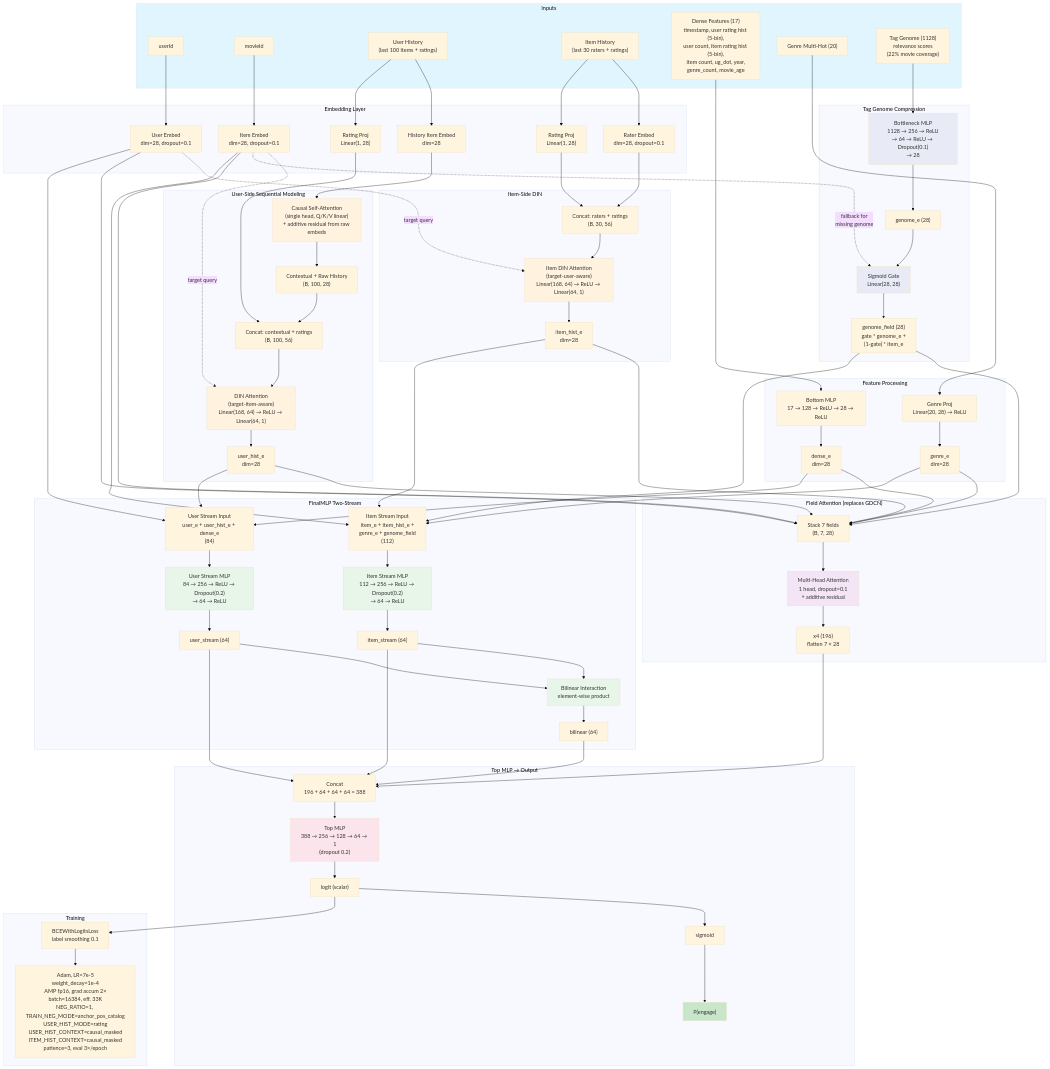
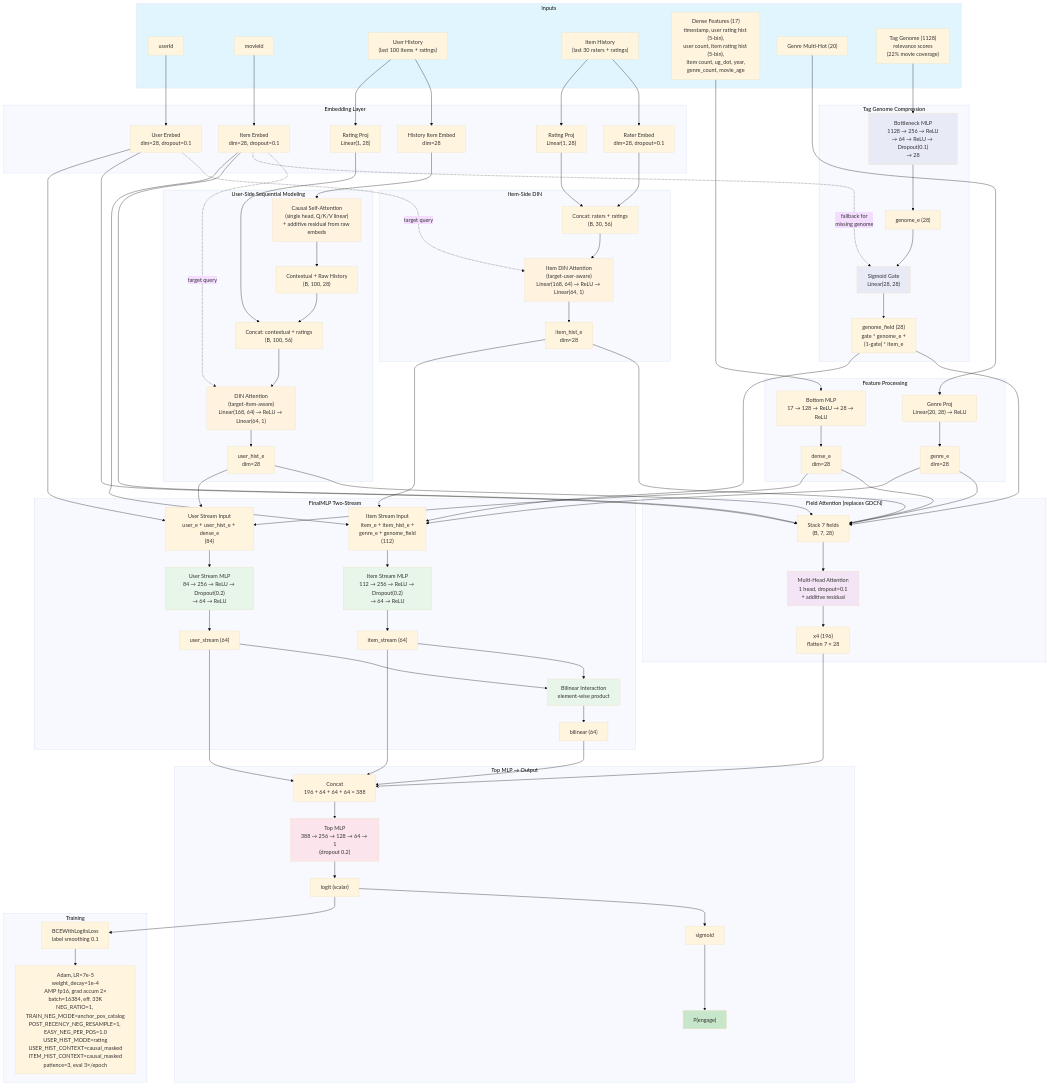
One commit to thuningxu/movielens changed the second of 2 diagrams in README.md. Above: the diagram before and after it, drawn with Mermaid (base theme). The commit also changed 3 other files, not shown here.

Commit message:
Resample easy negatives after recency trim

```diff
--- a/README.md
+++ b/README.md
@@ -133,7 +133,7 @@
 
     subgraph "Training"
         LOGIT --> LOSS["BCEWithLogitsLoss<br/>label smoothing 0.1"]
-        LOSS --> OPT["Adam, LR=7e-5<br/>weight_decay=1e-4<br/>AMP fp16, grad accum 2×<br/>batch=16384, eff. 33K<br/>NEG_RATIO=1, TRAIN_NEG_MODE=anchor_pos_catalog<br/>USER_HIST_MODE=rating<br/>USER_HIST_CONTEXT=causal_masked<br/>ITEM_HIST_CONTEXT=causal_masked<br/>patience=3, eval 3×/epoch"]
+        LOSS --> OPT["Adam, LR=7e-5<br/>weight_decay=1e-4<br/>AMP fp16, grad accum 2×<br/>batch=16384, eff. 33K<br/>NEG_RATIO=1, TRAIN_NEG_MODE=anchor_pos_catalog<br/>POST_RECENCY_NEG_RESAMPLE=1, EASY_NEG_PER_POS=1.0<br/>USER_HIST_MODE=rating<br/>USER_HIST_CONTEXT=causal_masked<br/>ITEM_HIST_CONTEXT=causal_masked<br/>patience=3, eval 3×/epoch"]
     end
 
     style Inputs fill:#e1f5fe
```
